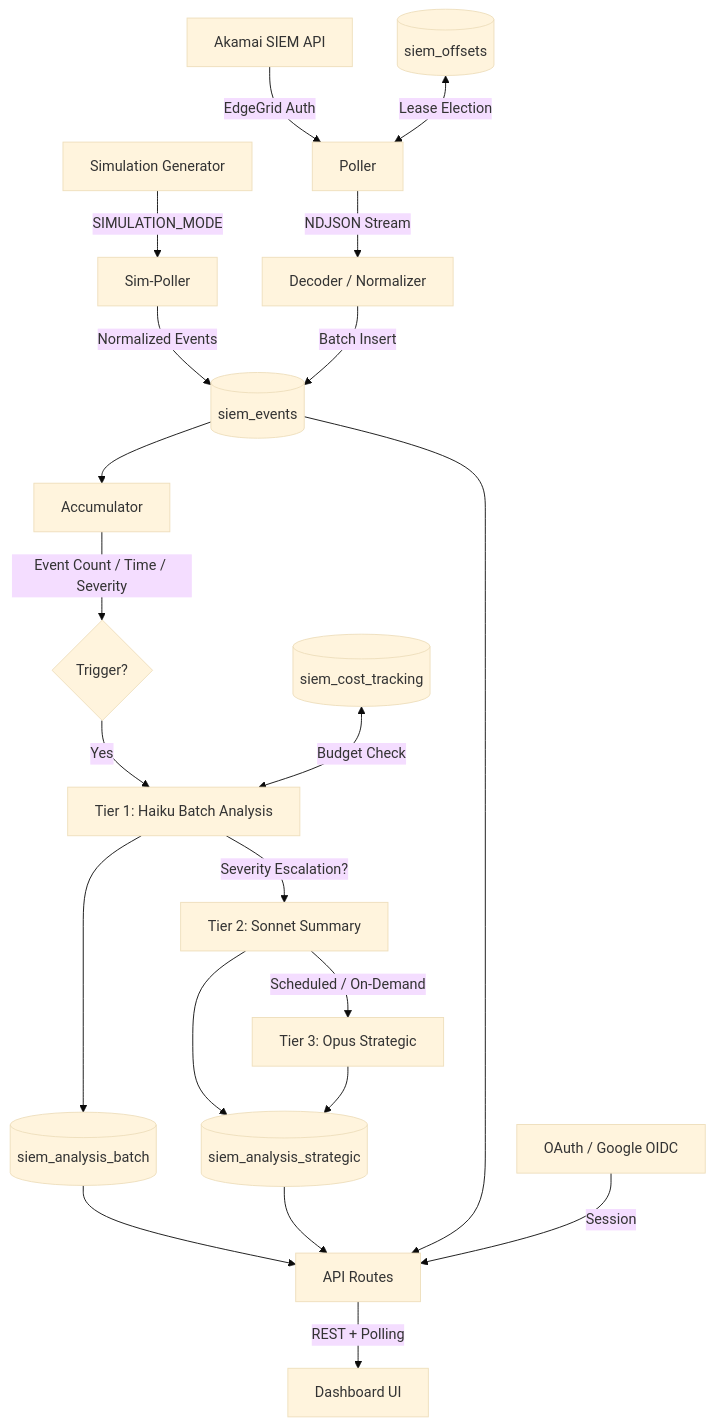
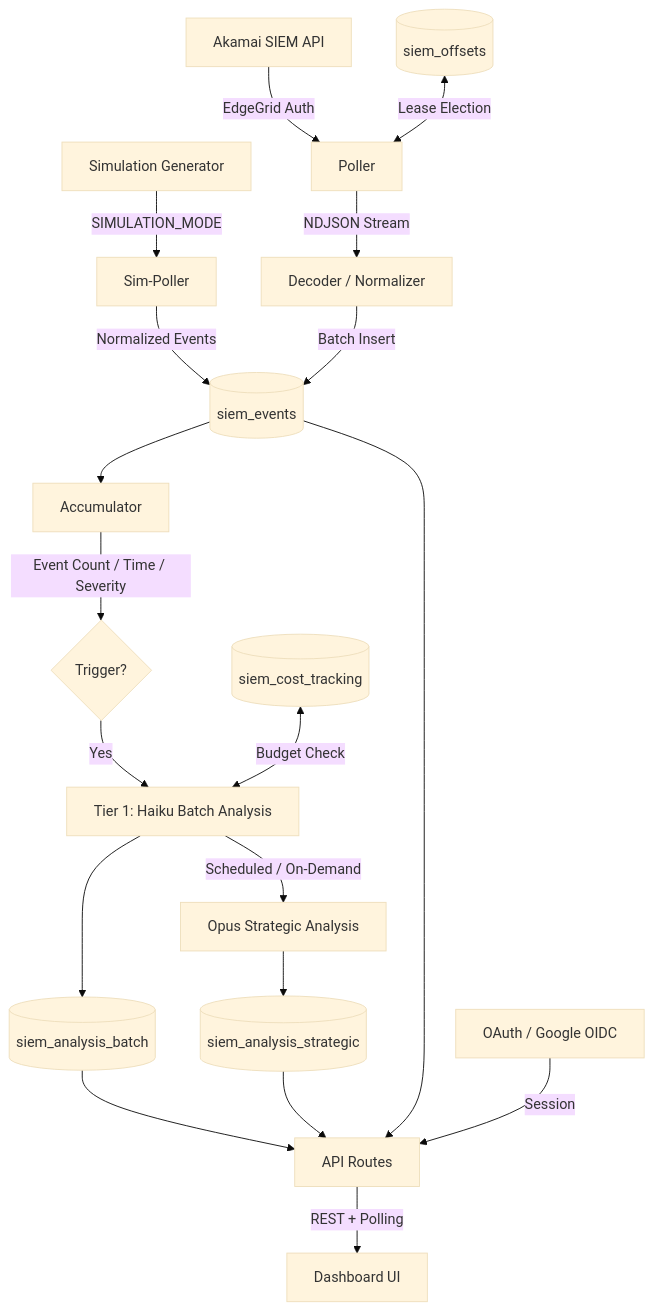
One commit to HarperFast/akamai-siem-analyzer changed the diagram in README.md. Above: the diagram before and after it, drawn with Mermaid (base theme). The commit also changed other lines of this file, not shown here.

Commit message:
Update README: remove Sonnet summary tier, reflect 2-tier analysis

````diff
--- a/README.md
+++ b/README.md
@@ -23,29 +22,27 @@
 ```mermaid
 flowchart TD
     A[Akamai SIEM API] -->|EdgeGrid Auth| B[Poller]
     S[Simulation Generator] -->|SIMULATION_MODE| T[Sim-Poller]
     T -->|Normalized Events| D
     B -->|NDJSON Stream| C[Decoder / Normalizer]
     C -->|Batch Insert| D[(siem_events)]
 
     D --> E[Accumulator]
     E -->|Event Count / Time / Severity| F{Trigger?}
 
     F -->|Yes| G[Tier 1: Haiku Batch Analysis]
-    G -->|Severity Escalation?| H[Tier 2: Sonnet Summary]
-    H -->|Scheduled / On-Demand| I[Tier 3: Opus Strategic]
+    G -->|Scheduled / On-Demand| I[Opus Strategic Analysis]
 
     G --> J[(siem_analysis_batch)]
-    H --> K[(siem_analysis_strategic)]
-    I --> K
+    I --> K[(siem_analysis_strategic)]
 
     J --> L[API Routes]
     K --> L
     D --> L
 
     L -->|REST + Polling| M[Dashboard UI]
 
     N[OAuth / Google OIDC] -->|Session| L
     O[(siem_offsets)] <-->|Lease Election| B
     P[(siem_cost_tracking)] <-->|Budget Check| G
 ```
````
